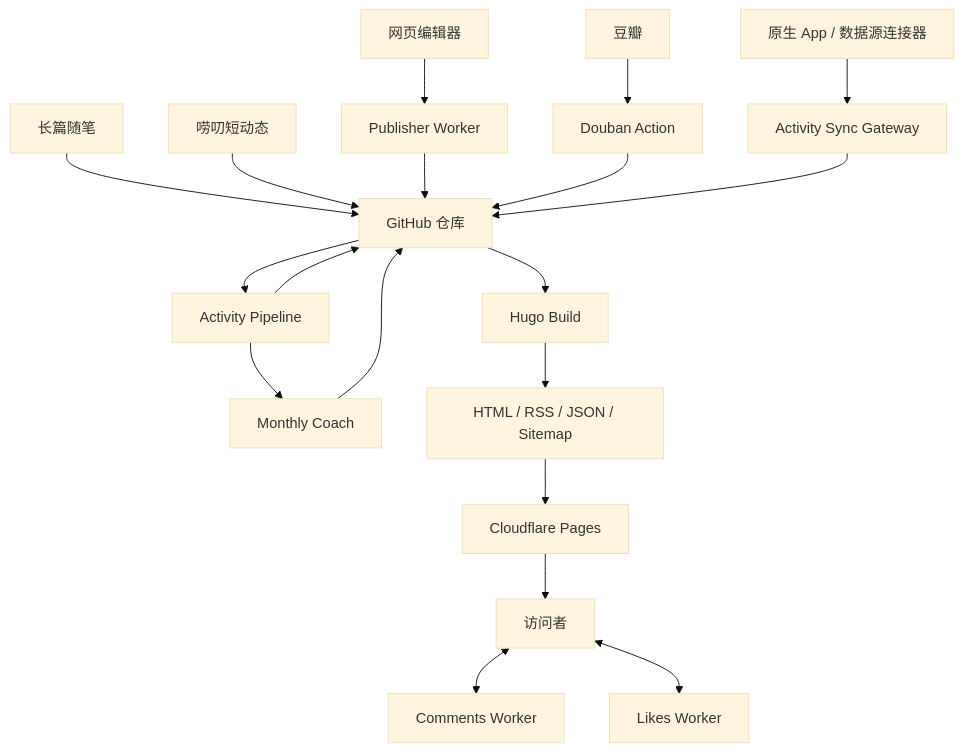
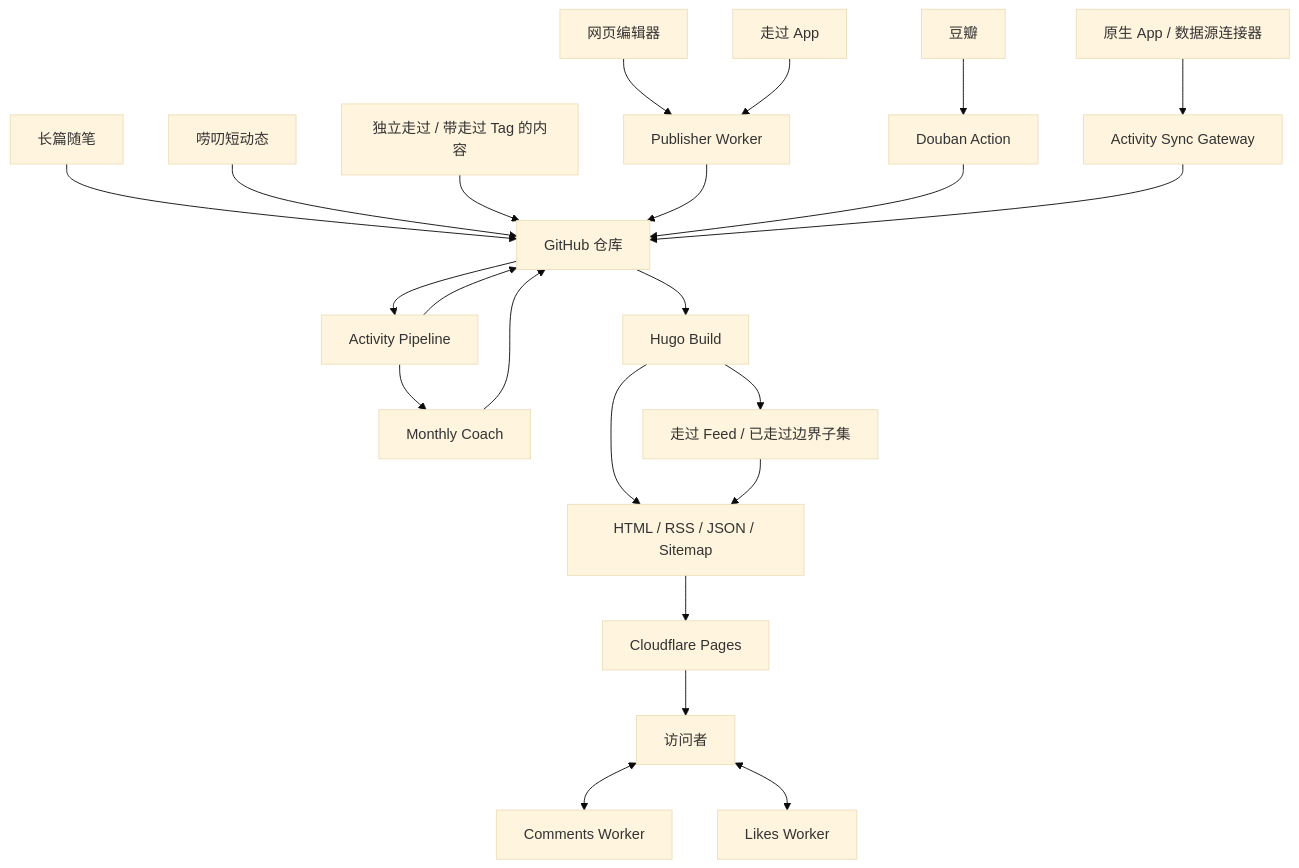
Before and after one commit to koobai/blog: the diagram in docs/architecture.md, drawn with Mermaid (base theme). The commit also changed other lines of this file and 23 other files, not shown here.

````diff
--- a/docs/architecture.md
+++ b/docs/architecture.md
@@ -24,21 +25,25 @@
 ```mermaid
 flowchart TD
     P["长篇随笔"] --> R["GitHub 仓库"]
     L["唠叨短动态"] --> R
+    Z["独立走过 / 带走过 Tag 的内容"] --> R
     E["网页编辑器"] --> PW["Publisher Worker"]
+    ZAPP["走过 App"] --> PW
     PW --> R
     DB["豆瓣"] --> DA["Douban Action"]
     DA --> R
     APP["原生 App / 数据源连接器"] --> ASW["Activity Sync Gateway"]
     ASW --> R
     R --> AP["Activity Pipeline"]
     AP --> MC["Monthly Coach"]
     AP --> R
     MC --> R
     R --> H["Hugo Build"]
+    H --> ZF["走过 Feed / 已走过边界子集"]
     H --> OUT["HTML / RSS / JSON / Sitemap"]
+    ZF --> OUT
     OUT --> CF["Cloudflare Pages"]
     VISITOR["访问者"] <--> CW["Comments Worker"]
     VISITOR <--> LW["Likes Worker"]
     CF --> VISITOR
 ```
````
